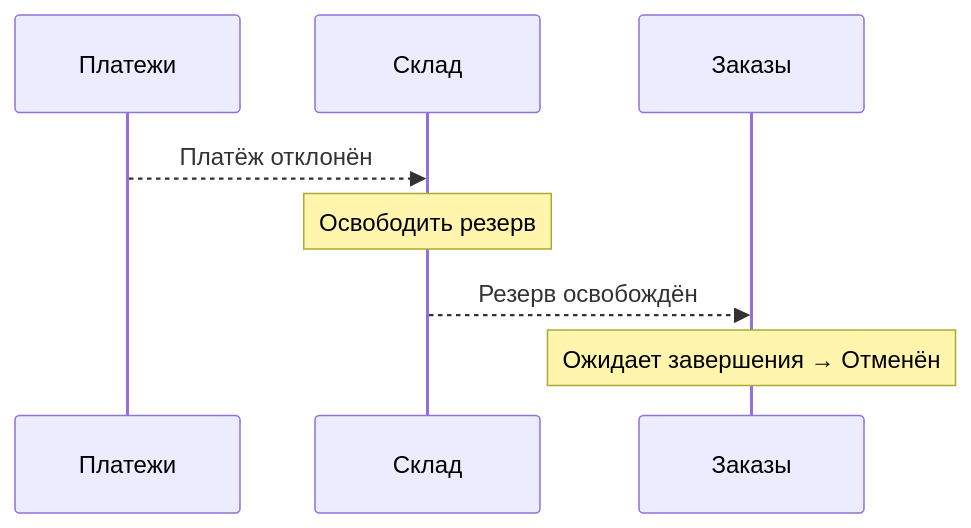
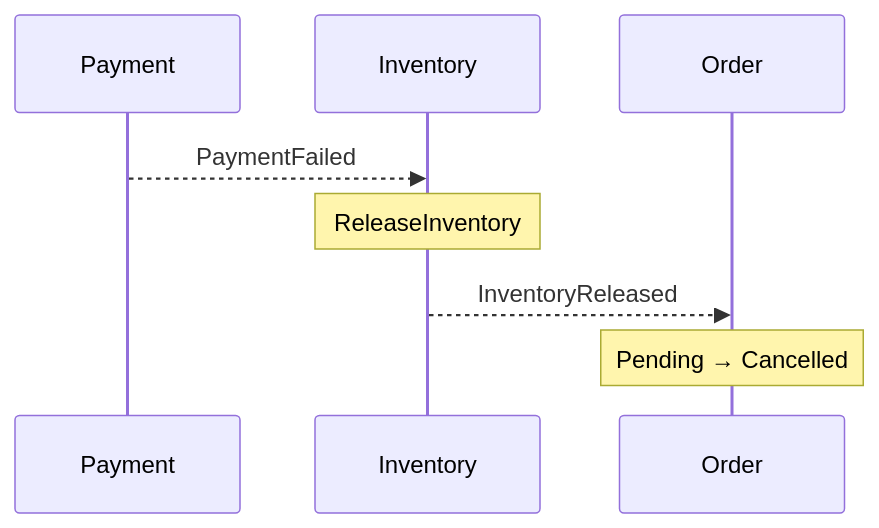
One commit to UsingCoding/rp-slides changed the second of 5 diagrams in lectures/01-saga-intro/sections/04-choreography.md. Above: the diagram before and after it, drawn with Mermaid. The commit also changed other lines of this file and 16 other files, not shown here.

````diff
--- a/lectures/01-saga-intro/sections/04-choreography.md
+++ b/lectures/01-saga-intro/sections/04-choreography.md
@@ -50,10 +49,10 @@
 ```mermaid
 sequenceDiagram
-    participant P as Платежи
-    participant I as Склад
-    participant O as Заказы
-    P-->>I: Платёж отклонён
-    Note over I: Освободить резерв
-    I-->>O: Резерв освобождён
-    Note over O: Ожидает завершения → Отменён
+    participant P as Payment
+    participant I as Inventory
+    participant O as Order
+    P-->>I: PaymentFailed
+    Note over I: ReleaseInventory
+    I-->>O: InventoryReleased
+    Note over O: Pending → Cancelled
 ```
````
